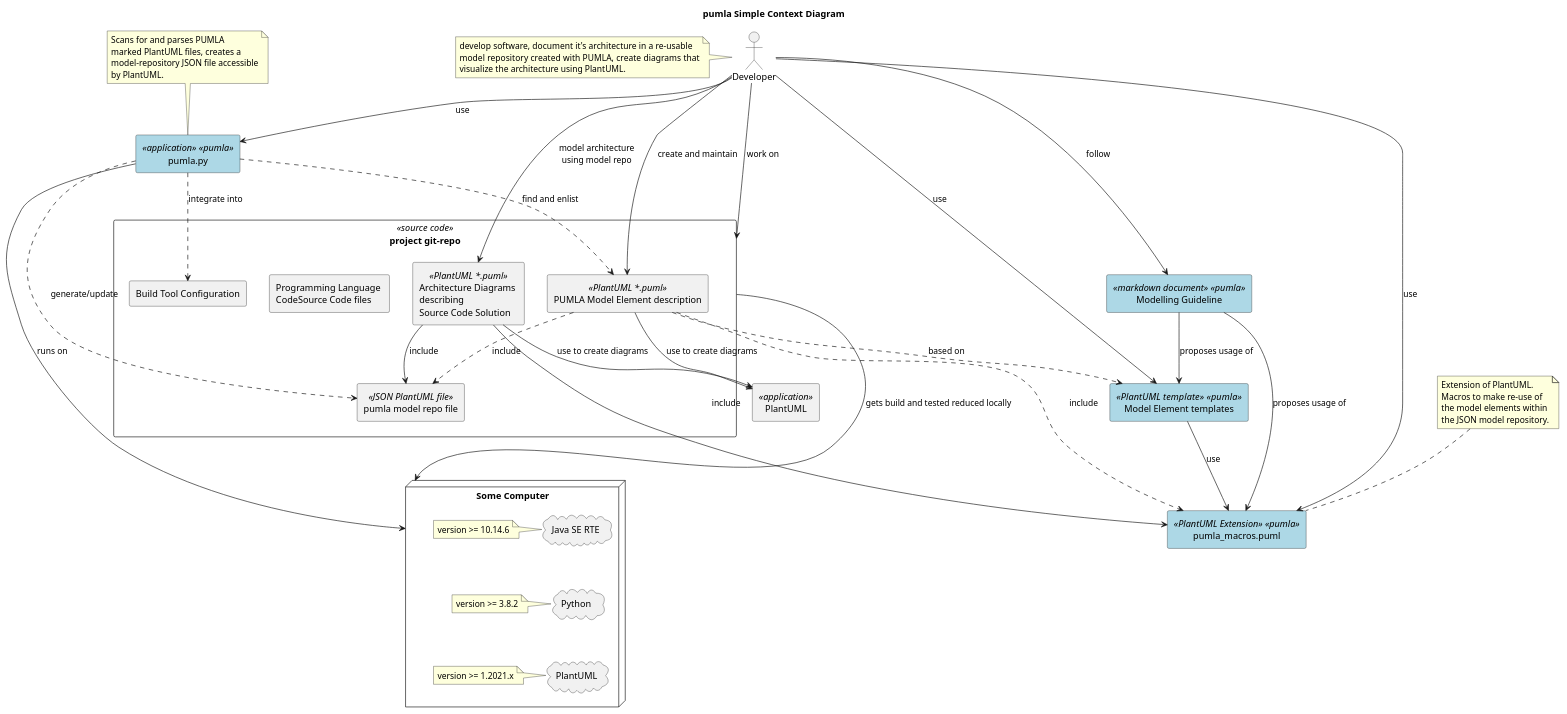
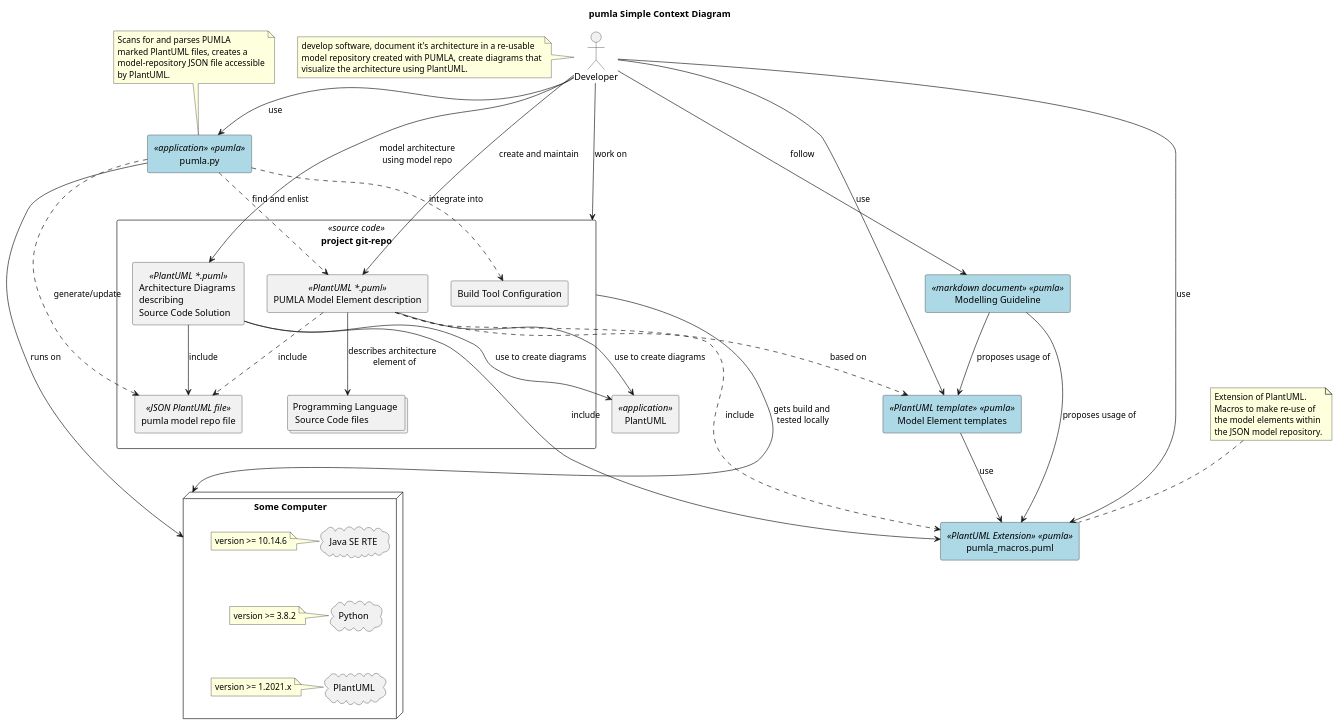
Before and after one commit to DrMarkusVoss/pumla: the diagram in arch/01_context/pumla_context.puml, drawn with PlantUML. The commit also changed 3 other files, not shown here.

```diff
--- a/arch/01_context/pumla_context.puml
+++ b/arch/01_context/pumla_context.puml
@@ -1,108 +1,109 @@
 @startuml
 
 skinparam componentStyle uml2
 
 skinparam rectangle {
     backgroundColor<<pumla>> LightBlue
 }
 
 title pumla Simple Context Diagram
 
 
 :Developer: as dev
 
 note left of dev
     develop software, document it's architecture in a re-usable
     model repository created with PUMLA, create diagrams  that
     visualize the architecture using PlantUML.
 end note
 
 rectangle "pumla.py" <<application>> <<pumla>> as pumla {
 }
 
 rectangle "pumla_macros.puml" <<PlantUML Extension>> <<pumla>> as pmac {
 }
 
 rectangle "PlantUML" <<application>> as plantuml {
 }
 
 note top of pmac
     Extension of PlantUML.
     Macros to make re-use of
     the model elements within
     the JSON model repository.
 end note
 
 rectangle "project git-repo" <<source code>> as pgr {
 rectangle "PUMLA Model Element description" <<PlantUML *.puml>>  as pumlf {
 }
 rectangle "Architecture Diagrams \ndescribing \nSource Code Solution" <<PlantUML *.puml>>  as archdiags {
 }
 rectangle "pumla model repo file" <<JSON PlantUML file>> as pumlamr {
 }
 
-rectangle "Programming Language \nCodeSource Code files" {
-}
+collections "Programming Language \n Source Code files" as sc
+
 rectangle "Build Tool Configuration" as btc {
 }
 }
 
 rectangle "Modelling Guideline" <<markdown document>> <<pumla>> as modguid {
 }
 
 rectangle "Model Element templates" <<PlantUML  template>> <<pumla>> as templ {
 }
 
 note top of pumla
     Scans for and parses PUMLA
     marked PlantUML files, creates a
     model-repository JSON file accessible
     by PlantUML.
 end note
 
 
 node "Some Computer" as sco {
 cloud "Java SE RTE" as Java {
 }
  note left of Java : version >= 10.14.6
 
 cloud Python {
  }
  note left of Python: version >= 3.8.2
 
 cloud PlantUML as puml {
 
  }
  note left of puml: version >= 1.2021.x
 
 }
 
 
 Java -[hidden]-> Python
 Python -[hidden]-> puml
 pumlamr -[hidden]-> sco
 
 pumla --> sco: runs on
 
 dev-->pumla: use
 dev-->pgr: work on
 dev-->modguid: follow
 dev-->templ : use
 dev --> archdiags : model architecture\nusing model repo
 templ-->pmac :use
 modguid--> pmac: proposes usage of
 modguid--> templ: proposes usage of
 archdiags-->pmac : include
 archdiags-->pumlamr : include
 pumla ..> btc: integrate into
 pumla ..> pumlamr: generate/update
 pumla ..> pumlf: find and enlist
 pumlf ..> pumlamr: include
 pumlf ..> pmac : include
 pumlf ..> templ : based on
 dev --> pmac : use
 dev --> pumlf : create and maintain
-pgr --> sco : gets build and tested reduced locally
+pgr --> sco : gets build and \ntested locally
 pumlf --> plantuml: use to create diagrams
 archdiags -->plantuml: use to create diagrams
+pumlf --> sc : describes architecture \n element of
 @enduml
```
